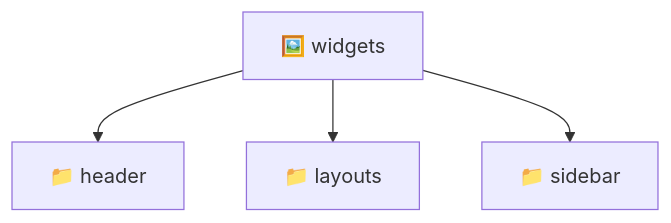
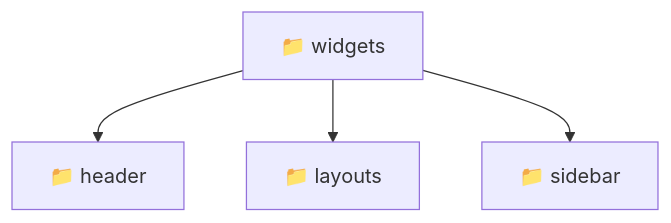
Before and after one commit to beginwebdev2002/fullstack-mavluda: the diagram in frontend/src/widgets/README.md, drawn with Mermaid. The commit also changed other lines of this file and 157 other files, not shown here.

````diff
--- a/frontend/src/widgets/README.md
+++ b/frontend/src/widgets/README.md
@@ -10,7 +11,7 @@
 ```mermaid
 graph TD
-  Root["🖼️ widgets"]
+  Root["📁 widgets"]
   Root --> header["📁 header"]
   Root --> layouts["📁 layouts"]
   Root --> sidebar["📁 sidebar"]
 ```
````
